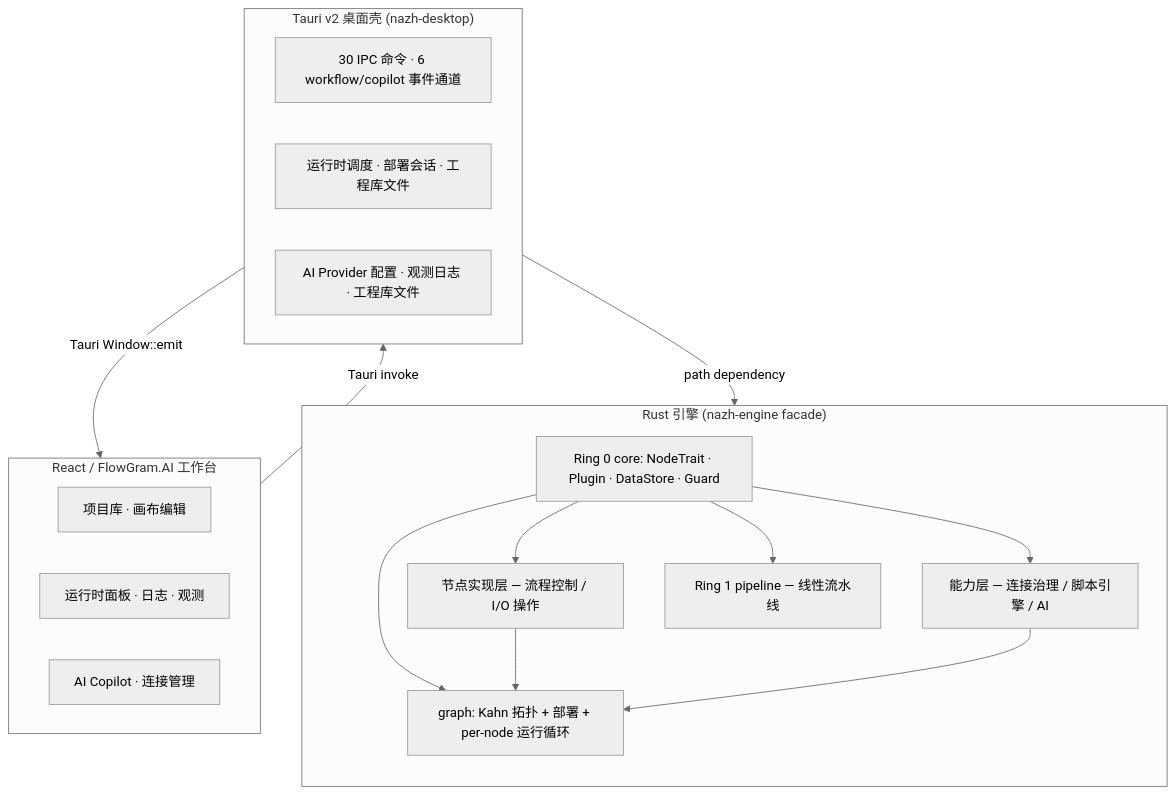
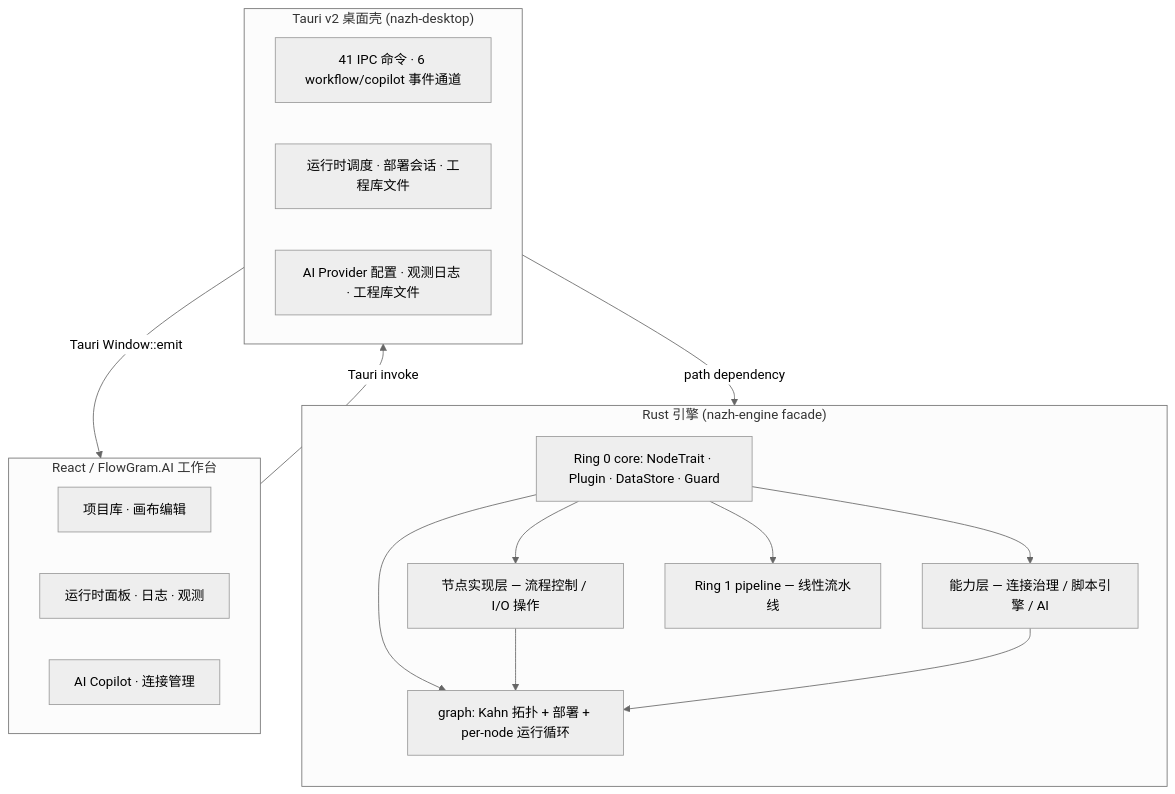
Before and after one commit to ssXue/Nazh: the diagram in README.md, drawn with Mermaid (neutral theme). The commit also changed other lines of this file and 3 other files, not shown here.

````diff
--- a/README.md
+++ b/README.md
@@ -47,33 +47,33 @@
 ```mermaid
 flowchart TB
     subgraph Frontend["React / FlowGram.AI 工作台"]
         F1["项目库 · 画布编辑"]
         F2["运行时面板 · 日志 · 观测"]
         F3["AI Copilot · 连接管理"]
     end
 
     subgraph Shell["Tauri v2 桌面壳 (nazh-desktop)"]
-        S1["30 IPC 命令 · 6 workflow/copilot 事件通道"]
+        S1["41 IPC 命令 · 6 workflow/copilot 事件通道"]
         S2["运行时调度 · 部署会话 · 工程库文件"]
         S3["AI Provider 配置 · 观测日志 · 工程库文件"]
     end
 
     subgraph Engine["Rust 引擎 (nazh-engine facade)"]
         direction TB
         C0["Ring 0 core: NodeTrait · Plugin · DataStore · Guard"]
         C1a["节点实现层 — 流程控制 / I/O 操作"]
         C1b["能力层 — 连接治理 / 脚本引擎 / AI"]
         C1c["Ring 1 pipeline — 线性流水线"]
         G["graph: Kahn 拓扑 + 部署 + per-node 运行循环"]
         C0 --> C1a
         C0 --> C1b
         C0 --> C1c
         C0 --> G
         C1a --> G
         C1b --> G
     end
 
     Frontend -- "Tauri invoke" --> Shell
     Shell -- "Tauri Window::emit" --> Frontend
     Shell -- "path dependency" --> Engine
 ```
````
